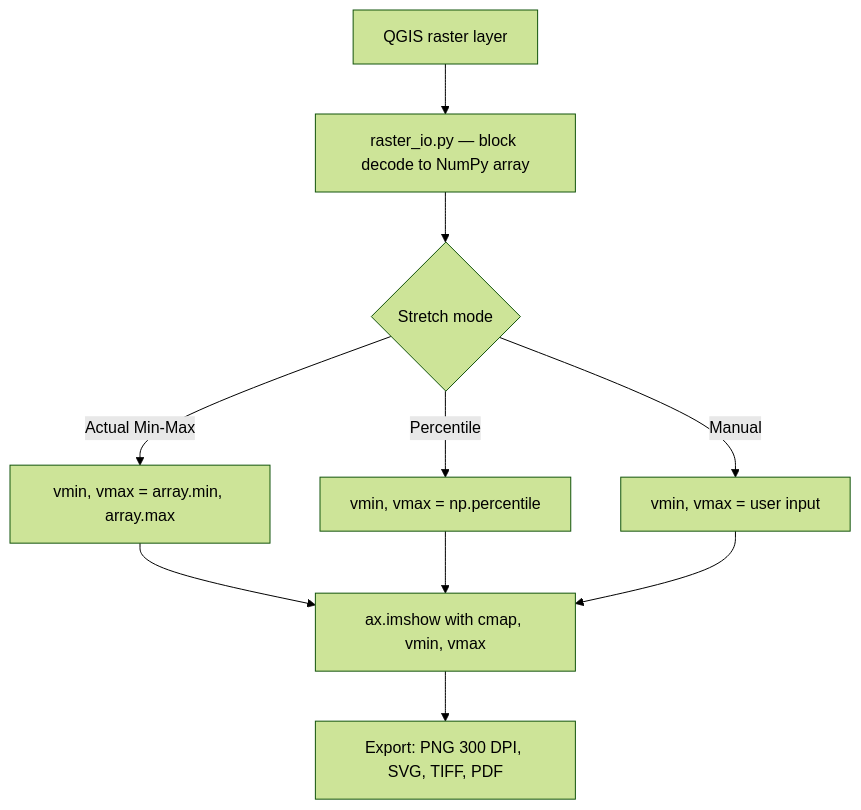
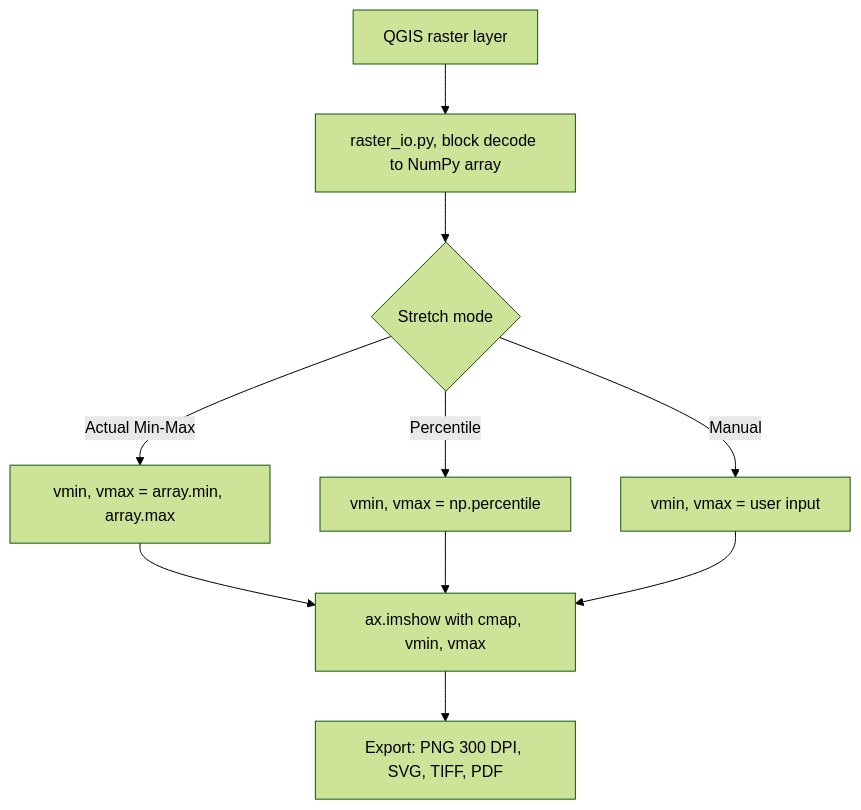
Before and after one commit to Defani/QRasterVIZ: the second of 2 diagrams in README.md, drawn with Mermaid (forest theme). The commit also changed other lines of this file, not shown here.

````diff
--- a/README.md
+++ b/README.md
@@ -44,12 +110,12 @@
 ```mermaid
 flowchart TD
-    A[QGIS raster layer] --> B[raster_io.py — block decode to NumPy array]
+    A[QGIS raster layer] --> B[raster_io.py, block decode to NumPy array]
     B --> C{Stretch mode}
     C -- Actual Min-Max --> D[vmin, vmax = array.min, array.max]
     C -- Percentile --> E[vmin, vmax = np.percentile]
     C -- Manual --> F[vmin, vmax = user input]
     D --> G[ax.imshow with cmap, vmin, vmax]
     E --> G
     F --> G
     G --> H[Export: PNG 300 DPI, SVG, TIFF, PDF]
 ```
````
